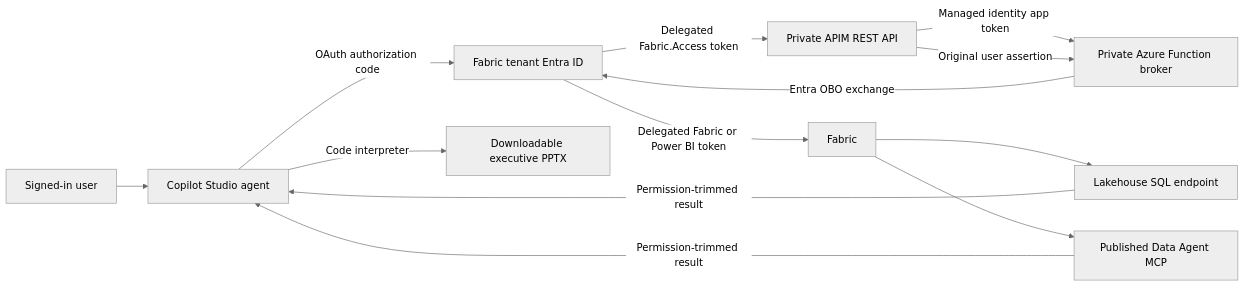
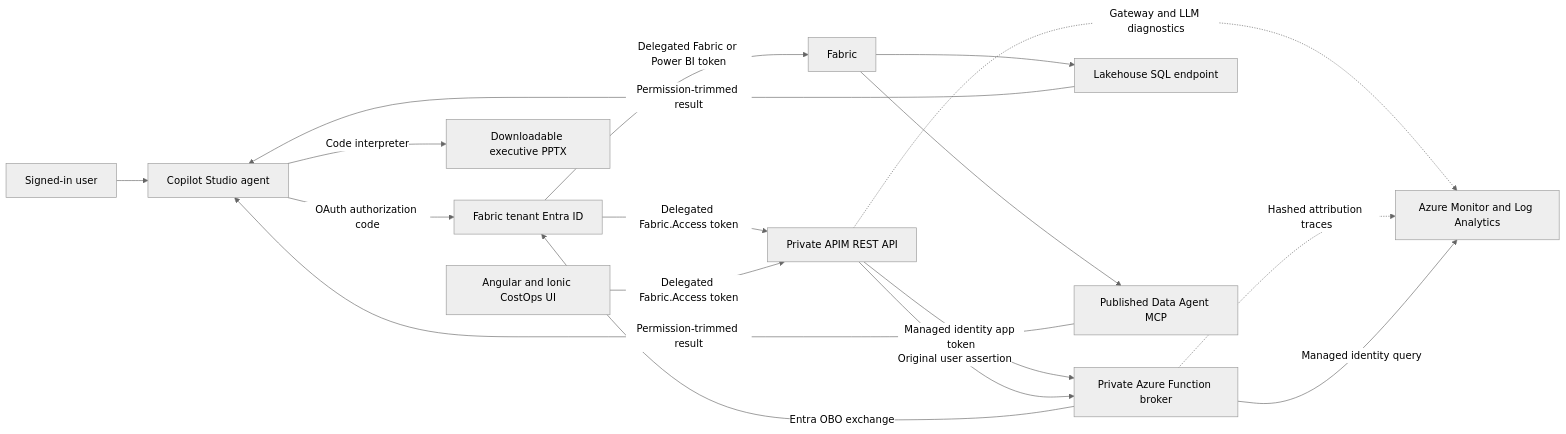
Before and after one commit to csdmichael/FabricIQ-FoundryIQ-CostOps: the diagram in README.md, drawn with Mermaid (neutral theme). The commit also changed other lines of this file and 15 other files, not shown here.

````diff
--- a/README.md
+++ b/README.md
@@ -9,15 +9,19 @@
 ```mermaid
 flowchart LR
     User[Signed-in user] --> Agent[Copilot Studio agent]
     Agent -->|OAuth authorization code| EntraResource[Fabric tenant Entra ID]
     EntraResource -->|Delegated Fabric.Access token| APIM[Private APIM REST API]
     APIM -->|Managed identity app token| Broker[Private Azure Function broker]
     APIM -->|Original user assertion| Broker
     Broker -->|Entra OBO exchange| EntraResource
     EntraResource -->|Delegated Fabric or Power BI token| Fabric
     Fabric --> SQL[Lakehouse SQL endpoint]
     Fabric --> DataAgent[Published Data Agent MCP]
     SQL -->|Permission-trimmed result| Agent
     DataAgent -->|Permission-trimmed result| Agent
     Agent -->|Code interpreter| PPTX[Downloadable executive PPTX]
+    APIM -. Gateway and LLM diagnostics .-> Monitor[Azure Monitor and Log Analytics]
+    Broker -. Hashed attribution traces .-> Monitor
+    Broker -->|Managed identity query| Monitor
+    Dashboard[Angular and Ionic CostOps UI] -->|Delegated Fabric.Access token| APIM
 ```
````
